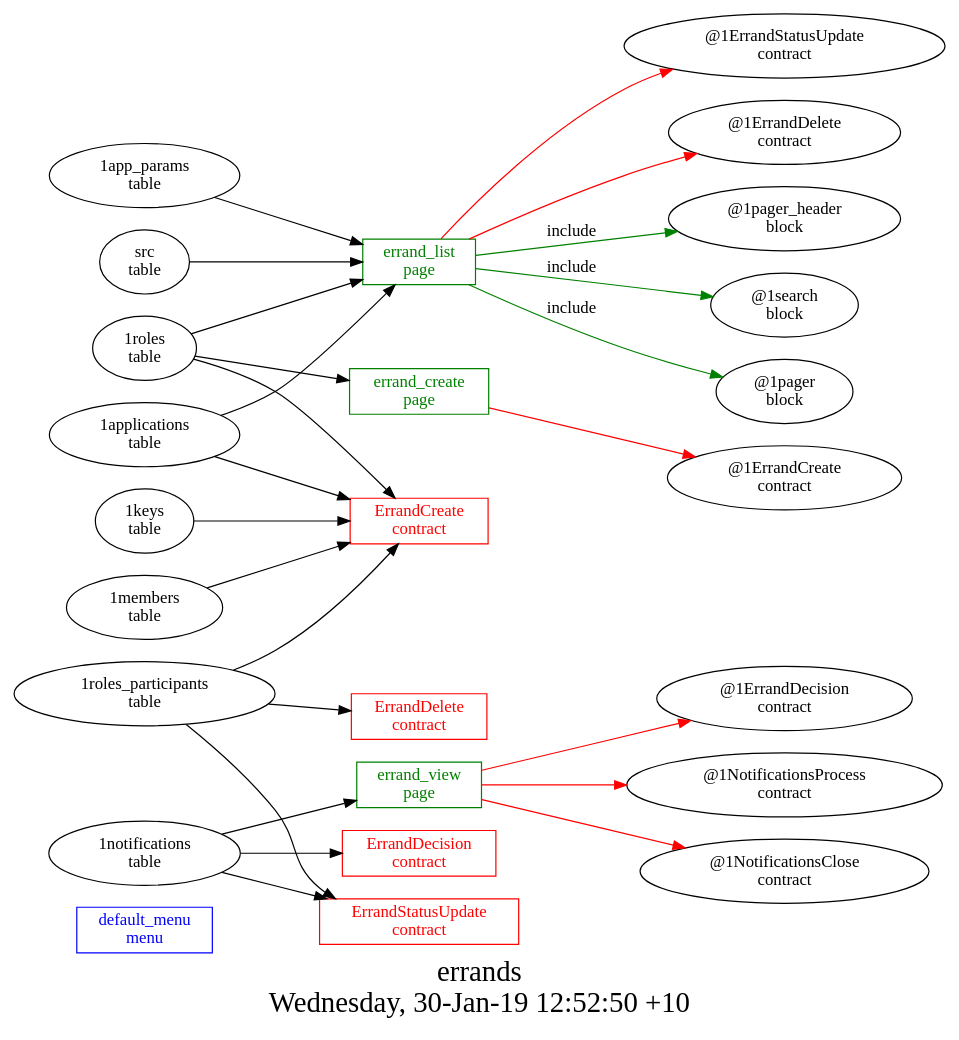
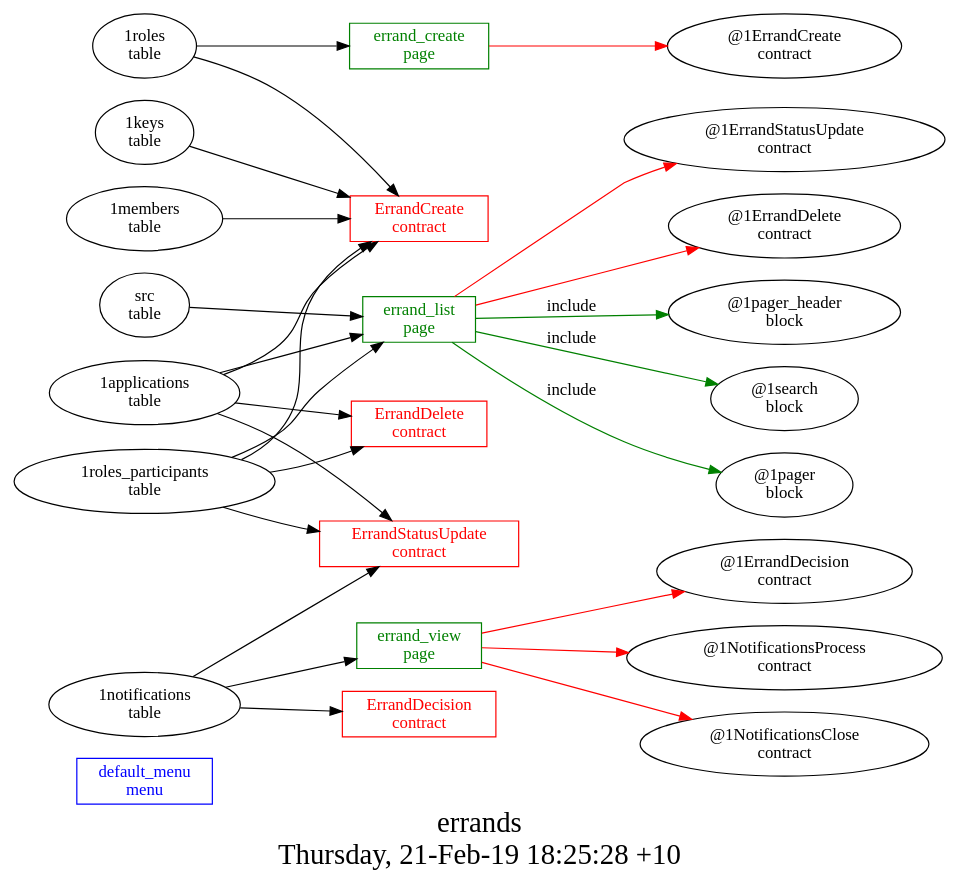
The diagram in platform_apps/errands/struct.dot (AplaProject/apps), drawn with Graphviz before and after one commit. The commit also changed 21 other files, not shown here.

```diff
--- a/platform_apps/errands/struct.dot
+++ b/platform_apps/errands/struct.dot
@@ -1,40 +1,41 @@
 digraph G {
 fontsize="24";
-label="errands\nWednesday, 30-Jan-19 12:52:50 +10";
+label="errands\nThursday, 21-Feb-19 18:25:28 +10";
 nojustify=true;
 ordering=out;
 rankdir=LR;
 size="30";
 "default_menu\nmenu" [color=blue, fontcolor=blue, group=menus, shape=record];
 "errand_create\npage" -> "@1ErrandCreate\ncontract"  [ color=red ]
 "1roles\ntable" -> "errand_create\npage"
 "errand_create\npage" [color=green, fontcolor=green, group=pages, shape=record];
 "errand_list\npage" -> "@1ErrandStatusUpdate\ncontract"  [ color=red ]
 "errand_list\npage" -> "@1ErrandDelete\ncontract"  [ color=red ]
 "1applications\ntable" -> "errand_list\npage"
-"1app_params\ntable" -> "errand_list\npage"
+"1roles_participants\ntable" -> "errand_list\npage"
 "src\ntable" -> "errand_list\npage"
-"1roles\ntable" -> "errand_list\npage"
 "errand_list\npage" -> "@1pager_header\nblock"  [ color=green, label=include ]
 "errand_list\npage" -> "@1search\nblock"  [ color=green, label=include ]
 "errand_list\npage" -> "@1pager\nblock"  [ color=green, label=include ]
 "errand_list\npage" [color=green, fontcolor=green, group=pages, shape=record];
 "errand_view\npage" -> "@1ErrandDecision\ncontract"  [ color=red ]
 "errand_view\npage" -> "@1NotificationsProcess\ncontract"  [ color=red ]
 "errand_view\npage" -> "@1NotificationsClose\ncontract"  [ color=red ]
 "1notifications\ntable" -> "errand_view\npage"
 "errand_view\npage" [color=green, fontcolor=green, group=pages, shape=record];
 "1applications\ntable" -> "ErrandCreate\ncontract"
 "1roles_participants\ntable" -> "ErrandCreate\ncontract"
 "1roles\ntable" -> "ErrandCreate\ncontract"
 "1members\ntable" -> "ErrandCreate\ncontract"
 "1keys\ntable" -> "ErrandCreate\ncontract"
 "ErrandCreate\ncontract" [color=red, fontcolor=red, group=contracts, shape=record];
 "1notifications\ntable" -> "ErrandDecision\ncontract"
 "ErrandDecision\ncontract" [color=red, fontcolor=red, group=contracts, shape=record];
+"1applications\ntable" -> "ErrandDelete\ncontract"
+"1roles_participants\ntable" -> "ErrandDelete\ncontract"
+"ErrandDelete\ncontract" [color=red, fontcolor=red, group=contracts, shape=record];
+"1applications\ntable" -> "ErrandStatusUpdate\ncontract"
 "1roles_participants\ntable" -> "ErrandStatusUpdate\ncontract"
 "1notifications\ntable" -> "ErrandStatusUpdate\ncontract"
 "ErrandStatusUpdate\ncontract" [color=red, fontcolor=red, group=contracts, shape=record];
-"1roles_participants\ntable" -> "ErrandDelete\ncontract"
-"ErrandDelete\ncontract" [color=red, fontcolor=red, group=contracts, shape=record];
 }
```
